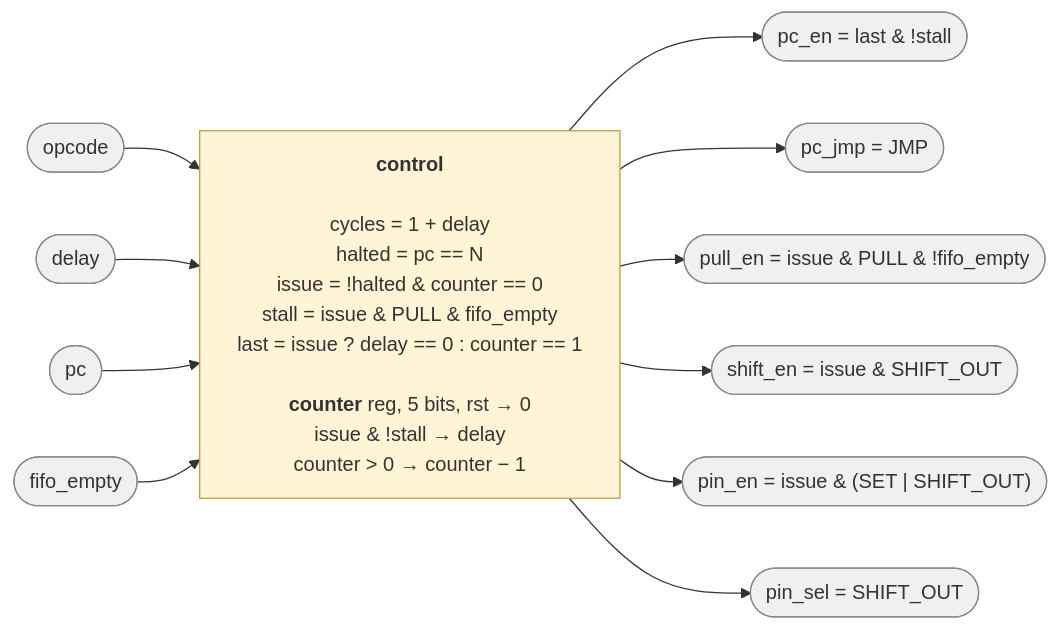
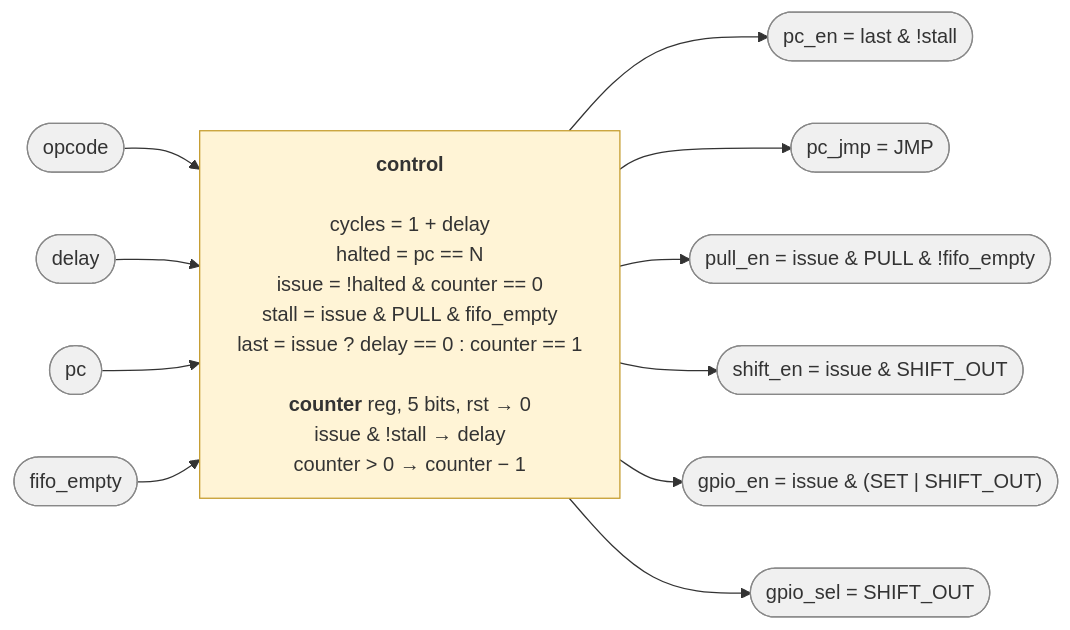
The diagram in docs/control.mmd (cshieldsce/smallcore), drawn with Mermaid before and after one commit. The commit also changed 12 other files, not shown here.

Commit message:
update diagrams for gpio pins

```diff
--- a/docs/control.mmd
+++ b/docs/control.mmd
@@ -1,32 +1,32 @@
 %%{init: {"flowchart": {"wrappingWidth": 420}}}%%
 %% The control block: what it reads, what it computes, what it drives. All combinational
 %% except the counter register. Signal names match core.svg.
 flowchart LR
   classDef sig fill:#f0f0f0,stroke:#888
   classDef reg fill:#dbe8ff,stroke:#4a6fa5
   classDef comb fill:#fff4d6,stroke:#c49a2a
 
   OPC(["opcode"]):::sig
   DLY(["delay"]):::sig
   PCV(["pc"]):::sig
   EMP(["fifo_empty"]):::sig
 
   CU["<b>control</b><br/><br/>cycles = 1 + delay<br/>halted = pc == N<br/>issue = !halted & counter == 0<br/>stall = issue & PULL & fifo_empty<br/>last = issue ? delay == 0 : counter == 1<br/><br/><b>counter</b> reg, 5 bits, rst → 0<br/>issue & !stall → delay<br/>counter > 0 → counter − 1"]:::comb
 
   PCI(["pc_en = last & !stall"]):::sig
   PCJ(["pc_jmp = JMP"]):::sig
   PLE(["pull_en = issue & PULL & !fifo_empty"]):::sig
   SHE(["shift_en = issue & SHIFT_OUT"]):::sig
-  PNE(["pin_en = issue & (SET | SHIFT_OUT)"]):::sig
-  PNS(["pin_sel = SHIFT_OUT"]):::sig
+  PNE(["gpio_en = issue & (SET | SHIFT_OUT)"]):::sig
+  PNS(["gpio_sel = SHIFT_OUT"]):::sig
 
   OPC --> CU
   DLY --> CU
   PCV --> CU
   EMP --> CU
   CU --> PCI
   CU --> PCJ
   CU --> PLE
   CU --> SHE
   CU --> PNE
   CU --> PNS
```
